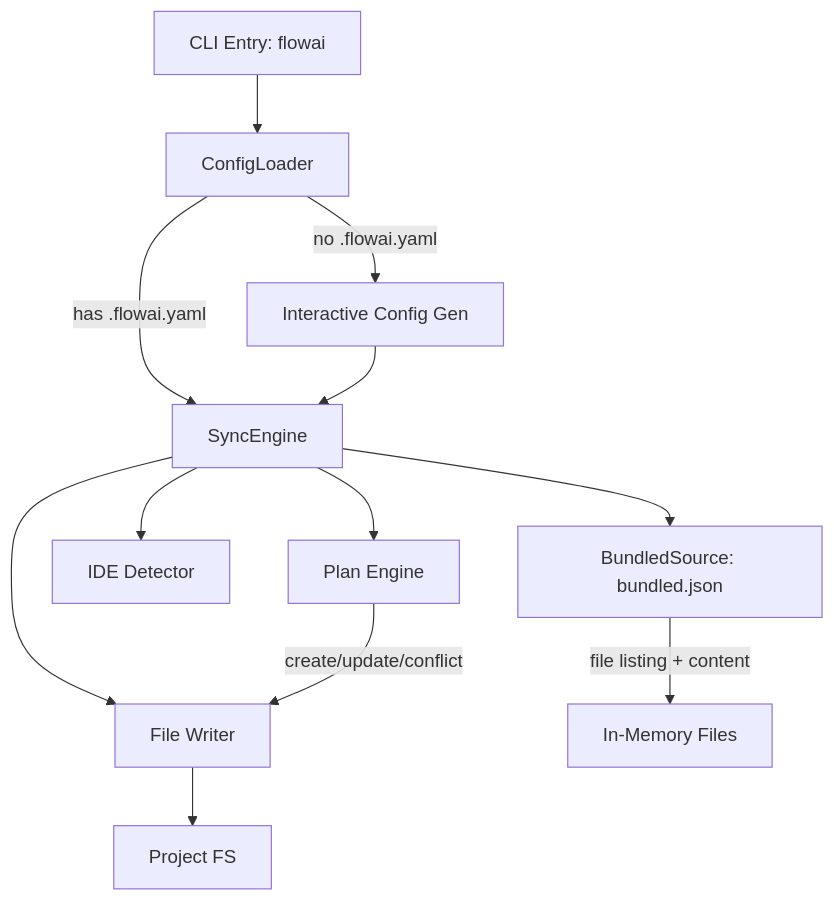
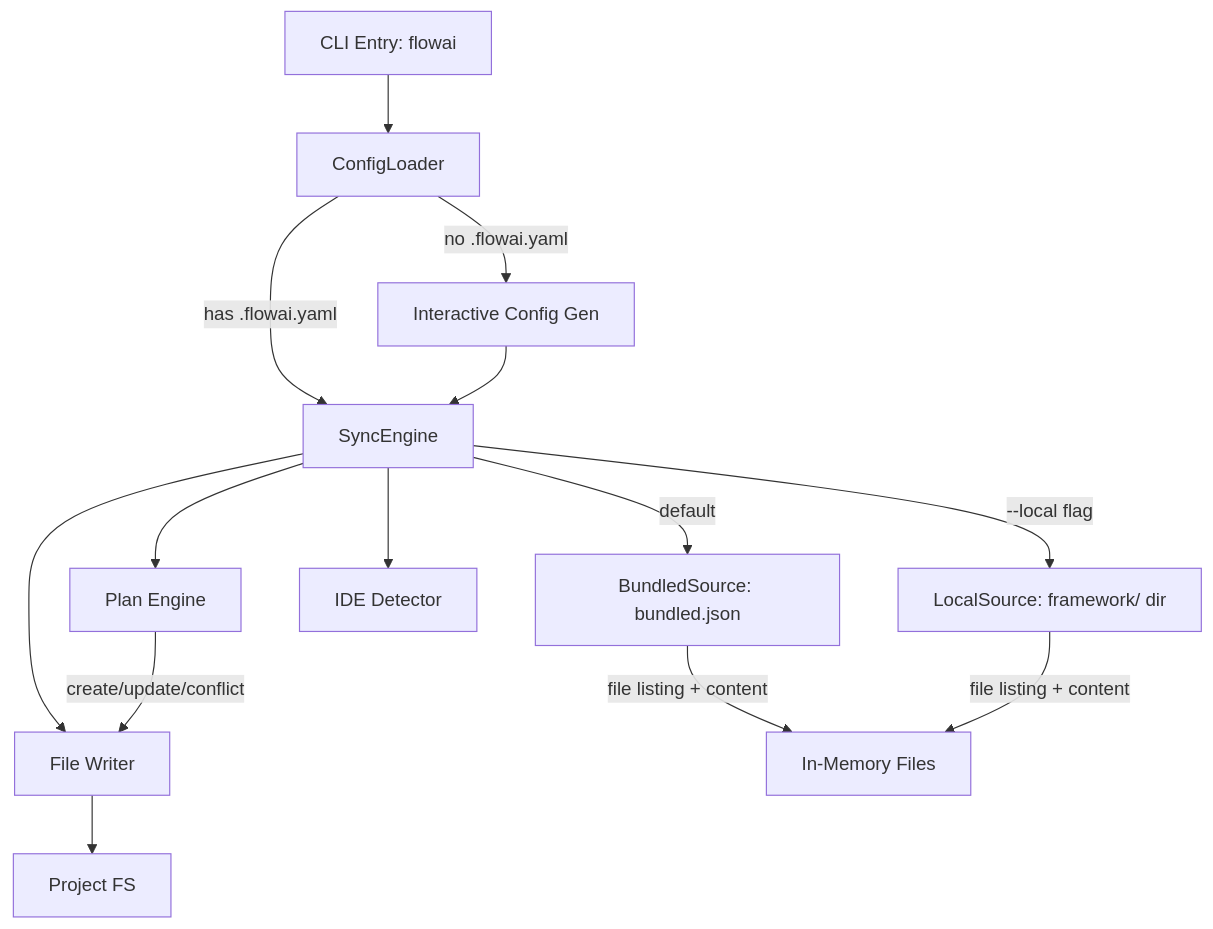
One commit to korchasa/flow changed the second of 2 diagrams in documents/design.md. Above: the diagram before and after it, drawn with Mermaid. The commit also changed other lines of this file and 282 other files, not shown here.

First line of the commit message:
feat(cli): add --local sync mode; stop tracking .claude/ in git

````diff
--- a/documents/design.md
+++ b/documents/design.md
@@ -152,14 +155,16 @@
 ```mermaid
 graph TD
     CLI[CLI Entry: flowai] --> ConfigLoader
     ConfigLoader -->|no .flowai.yaml| ConfigGenerator[Interactive Config Gen]
     ConfigLoader -->|has .flowai.yaml| SyncEngine
     ConfigGenerator --> SyncEngine
-    SyncEngine --> BundledSrc[BundledSource: bundled.json]
+    SyncEngine -->|default| BundledSrc[BundledSource: bundled.json]
+    SyncEngine -->|--local flag| LocalSrc[LocalSource: framework/ dir]
     SyncEngine --> IdeDetector[IDE Detector]
     SyncEngine --> PlanEngine[Plan Engine]
     SyncEngine --> FileWriter[File Writer]
     BundledSrc -->|file listing + content| Memory[In-Memory Files]
+    LocalSrc -->|file listing + content| Memory
     PlanEngine -->|create/update/conflict| FileWriter
     FileWriter --> FS[Project FS]
 ```
````
